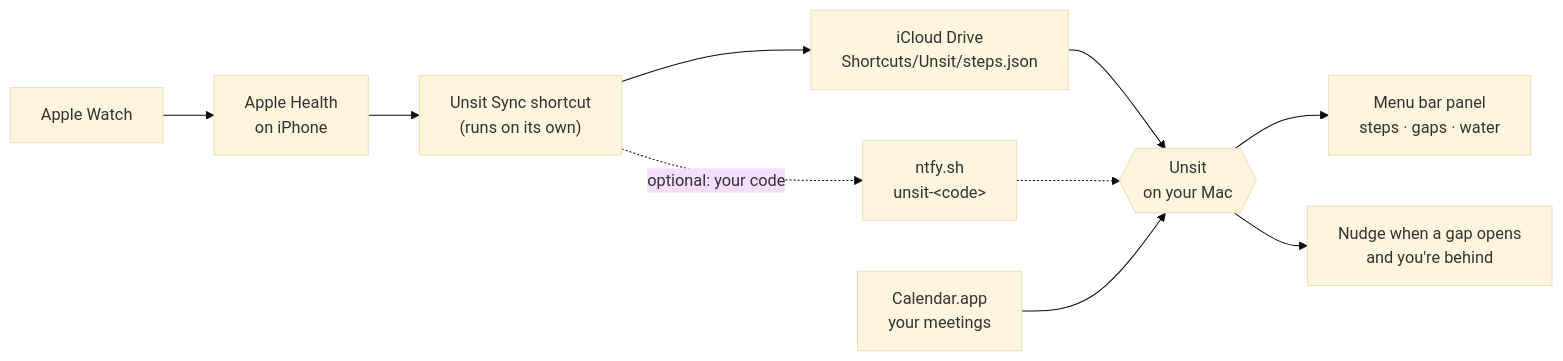
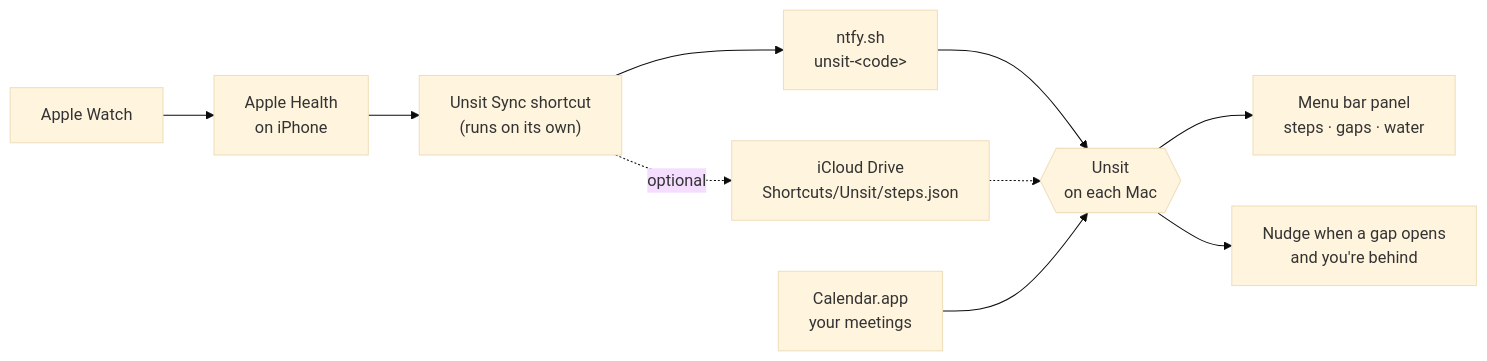
Before and after one commit to jorgesousa/Unsit: the diagram in README.md, drawn with Mermaid (base theme). The commit also changed other lines of this file and 4 other files, not shown here.

Commit message:
0.5.1: README matches 0.5.0, new 24 s demo with the island, any Mac and your goals

````diff
--- a/README.md
+++ b/README.md
@@ -113,12 +113,12 @@
 ```mermaid
 flowchart LR
     W["Apple Watch"] --> H["Apple Health<br/>on iPhone"]
     H --> S["Unsit Sync shortcut<br/>(runs on its own)"]
-    S --> I["iCloud Drive<br/>Shortcuts/Unsit/steps.json"]
-    I --> U{{"Unsit<br/>on your Mac"}}
-    S -. "optional: your code" .-> R["ntfy.sh<br/>unsit-&lt;code&gt;"]
-    R -.-> U
+    S --> R["ntfy.sh<br/>unsit-&lt;code&gt;"]
+    R --> U{{"Unsit<br/>on each Mac"}}
+    S -. "optional" .-> I["iCloud Drive<br/>Shortcuts/Unsit/steps.json"]
+    I -.-> U
     C["Calendar.app<br/>your meetings"] --> U
     U --> P["Menu bar panel<br/>steps · gaps · water"]
     U --> N["Nudge when a gap opens<br/>and you're behind"]
 ```
````
